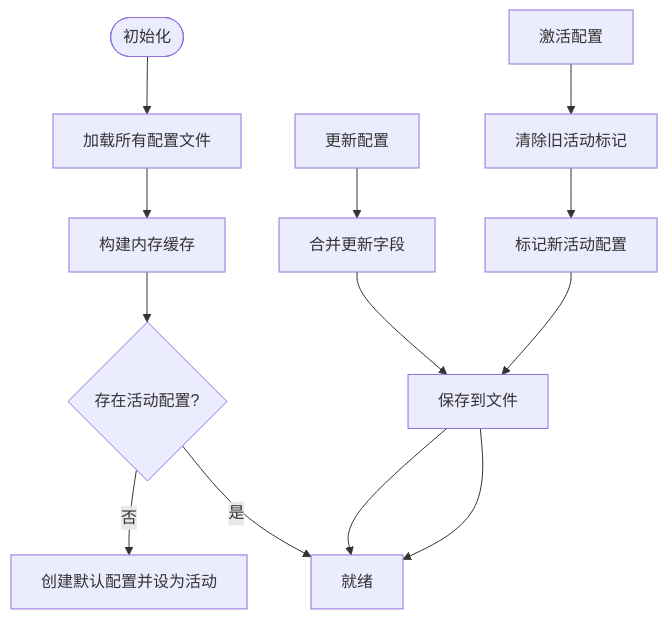
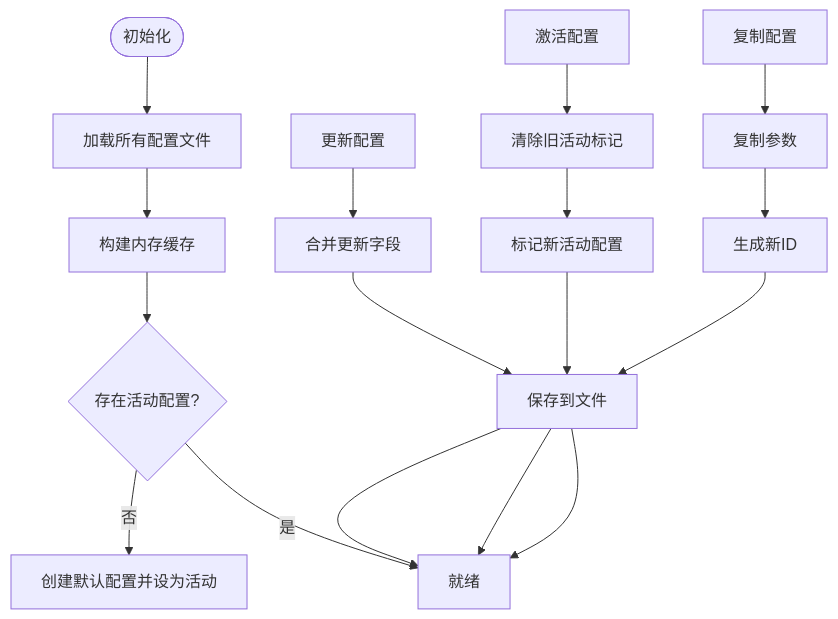
The third of 7 diagrams in .qoder/repowiki/zh/content/仪表板系统/仪表板系统.md (JieGaoPrinceton/NecoRAG), drawn with Mermaid before and after one commit. The commit also changed other lines of this file and 12 other files, not shown here.

````diff
--- a/.qoder/repowiki/zh/content/仪表板系统/仪表板系统.md
+++ b/.qoder/repowiki/zh/content/仪表板系统/仪表板系统.md
@@ -135,15 +148,19 @@
 ```mermaid
 flowchart TD
 Start(["初始化"]) --> Load["加载所有配置文件"]
 Load --> Cache["构建内存缓存"]
 Cache --> Active{"存在活动配置?"}
 Active --> |否| CreateDefault["创建默认配置并设为活动"]
 Active --> |是| Ready["就绪"]
 Update["更新配置"] --> Merge["合并更新字段"]
 Merge --> Save["保存到文件"]
 Save --> Ready
 Activate["激活配置"] --> ClearOld["清除旧活动标记"]
 ClearOld --> MarkNew["标记新活动配置"]
 MarkNew --> Save
 Save --> Ready
+Duplicate["复制配置"] --> CopyParams["复制参数"]
+CopyParams --> GenerateID["生成新ID"]
+GenerateID --> Save
+Save --> Ready
 ```
````
